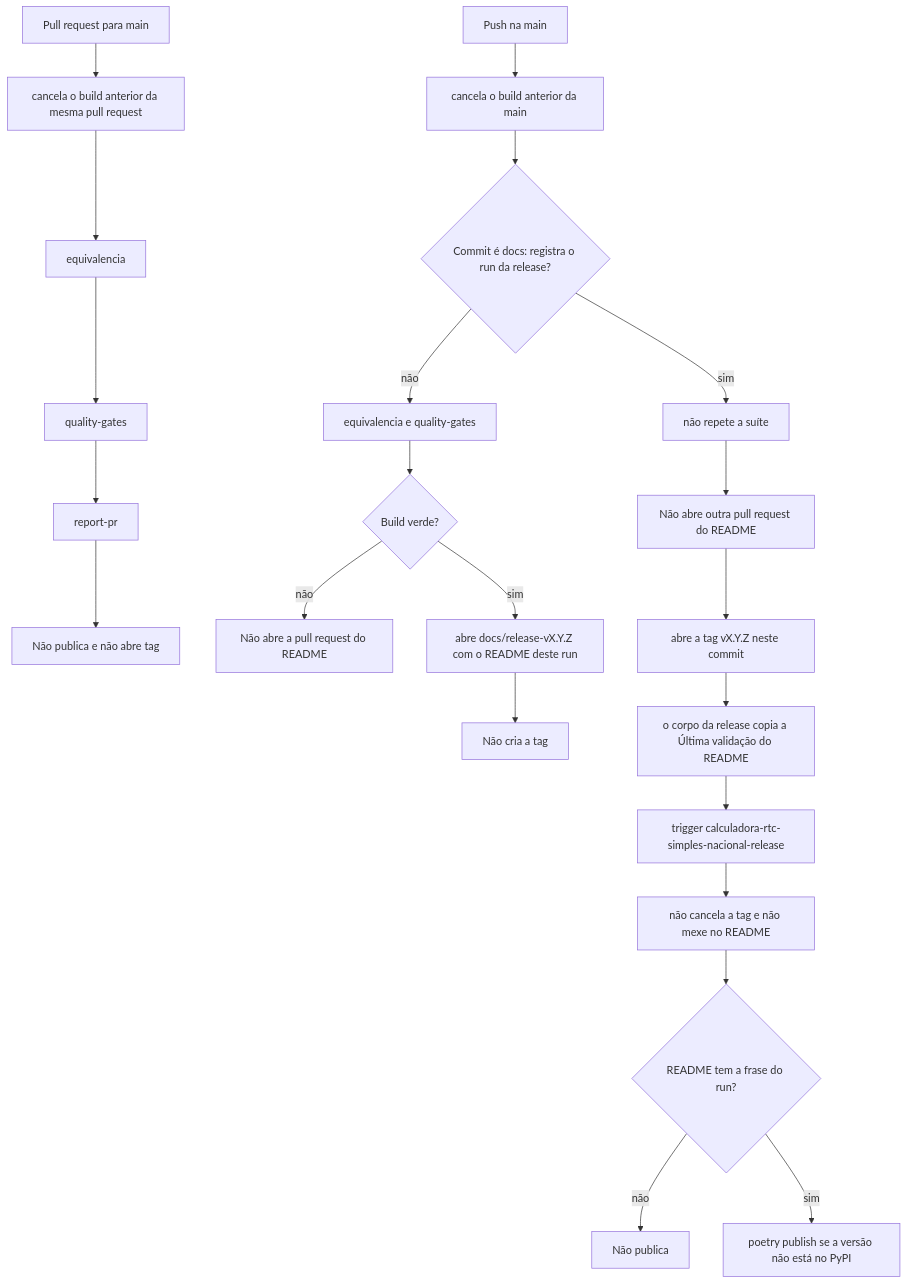
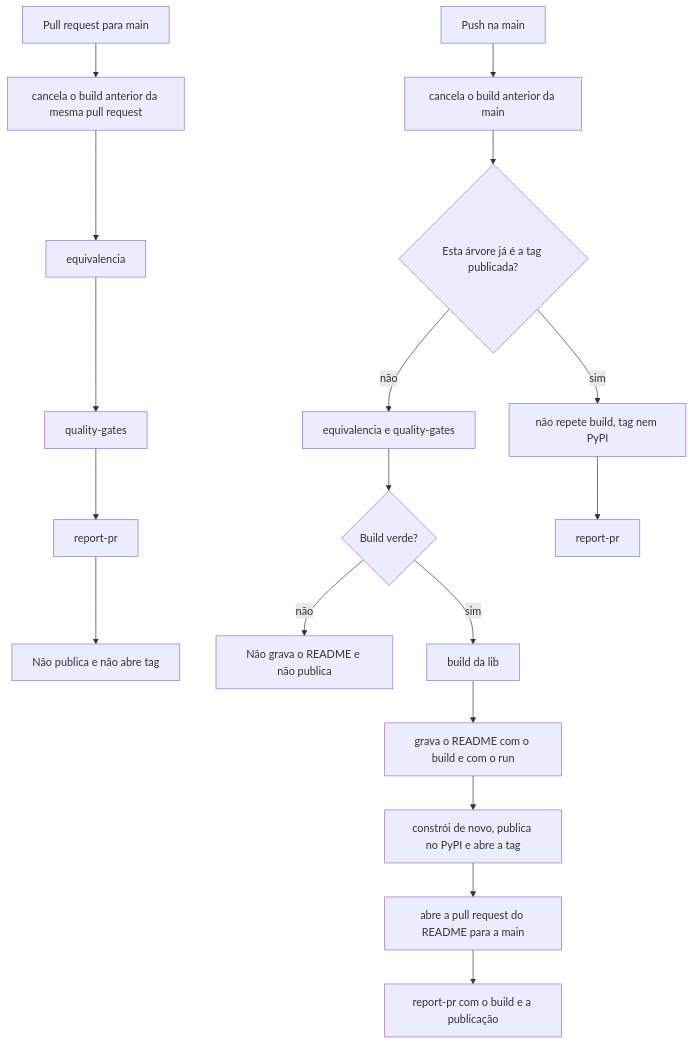
The first of 3 diagrams in docs/publicacao-flow.md (garusocruz/calculadora-rtc-simples-nacional), drawn with Mermaid before and after one commit. The commit also changed other lines of this file and 14 other files, not shown here.

Commit message:
fix: a tag e o PyPI saem do mesmo run do quality gate

````diff
--- a/docs/publicacao-flow.md
+++ b/docs/publicacao-flow.md
@@ -9,24 +9,20 @@
 ```mermaid
 flowchart TD
   pr[Pull request para main] --> cancelaPr[cancela o build anterior da mesma pull request]
   cancelaPr --> equiv[equivalencia]
   equiv --> qg[quality-gates]
-  qg --> comentario[report-pr]
-  comentario --> fimPr[Não publica e não abre tag]
+  qg --> comentarioPr[report-pr]
+  comentarioPr --> fimPr[Não publica e não abre tag]
   merge[Push na main] --> cancelaMain[cancela o build anterior da main]
-  cancelaMain --> tipo{Commit é docs: registra o run da release?}
+  cancelaMain --> tipo{Esta árvore já é a tag publicada?}
   tipo -->|não| suite[equivalencia e quality-gates]
   suite --> verde{Build verde?}
-  verde -->|não| paraSuite[Não abre a pull request do README]
-  verde -->|sim| readmePr[abre docs/release-vX.Y.Z com o README deste run]
-  readmePr --> semTag[Não cria a tag]
-  tipo -->|sim| pula[não repete a suíte]
-  pula --> semOutraPr[Não abre outra pull request do README]
-  semOutraPr --> tag[abre a tag vX.Y.Z neste commit]
-  tag --> copia[o corpo da release copia a Última validação do README]
-  copia --> rel[trigger calculadora-rtc-simples-nacional-release]
-  rel --> segue[não cancela a tag e não mexe no README]
-  segue --> frase{README tem a frase do run?}
-  frase -->|não| recusa[Não publica]
-  frase -->|sim| pypi[poetry publish se a versão não está no PyPI]
+  verde -->|não| paraSuite[Não grava o README e não publica]
+  verde -->|sim| build[build da lib]
+  build --> readme[grava o README com o build e com o run]
+  readme --> publica[constrói de novo, publica no PyPI e abre a tag]
+  publica --> prReadme[abre a pull request do README para a main]
+  prReadme --> comentario[report-pr com o build e a publicação]
+  tipo -->|sim| nada[não repete build, tag nem PyPI]
+  nada --> comentarioMerge[report-pr]
 ```
````
